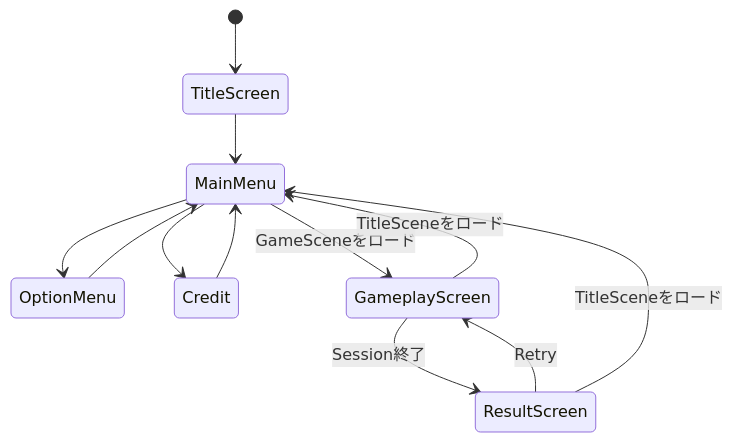
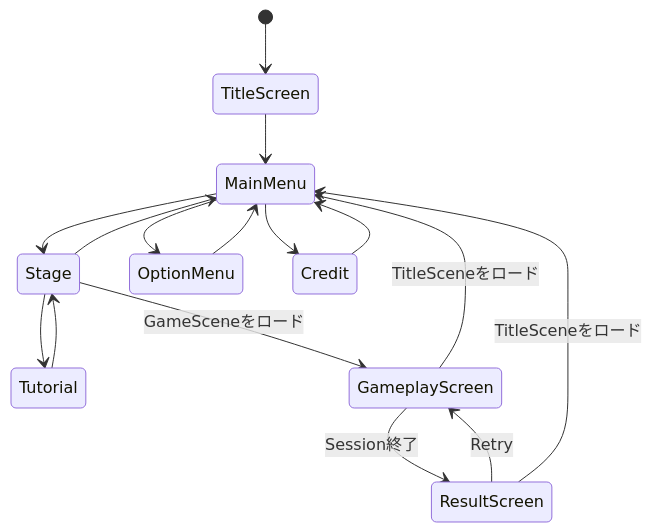
Before and after one commit to MicomProcedure/change-change-change: the first of 2 diagrams in docs/architecture/presentation/scene-navigation.md, drawn with Mermaid. The commit also changed other lines of this file and 10 other files, not shown here.

````diff
--- a/docs/architecture/presentation/scene-navigation.md
+++ b/docs/architecture/presentation/scene-navigation.md
@@ -28,16 +28,20 @@
 ```mermaid
 stateDiagram-v2
    [*] --> TitleScreen
    TitleScreen --> MainMenu
 
+   MainMenu --> Stage
+   Stage --> MainMenu
+   Stage --> Tutorial
+   Tutorial --> Stage
    MainMenu --> OptionMenu
    OptionMenu --> MainMenu
    MainMenu --> Credit
    Credit --> MainMenu
 
-   MainMenu --> GameplayScreen: GameSceneをロード
+   Stage --> GameplayScreen: GameSceneをロード
    GameplayScreen --> ResultScreen: Session終了
    GameplayScreen --> MainMenu: TitleSceneをロード
    ResultScreen --> GameplayScreen: Retry
    ResultScreen --> MainMenu: TitleSceneをロード
 ```
````
